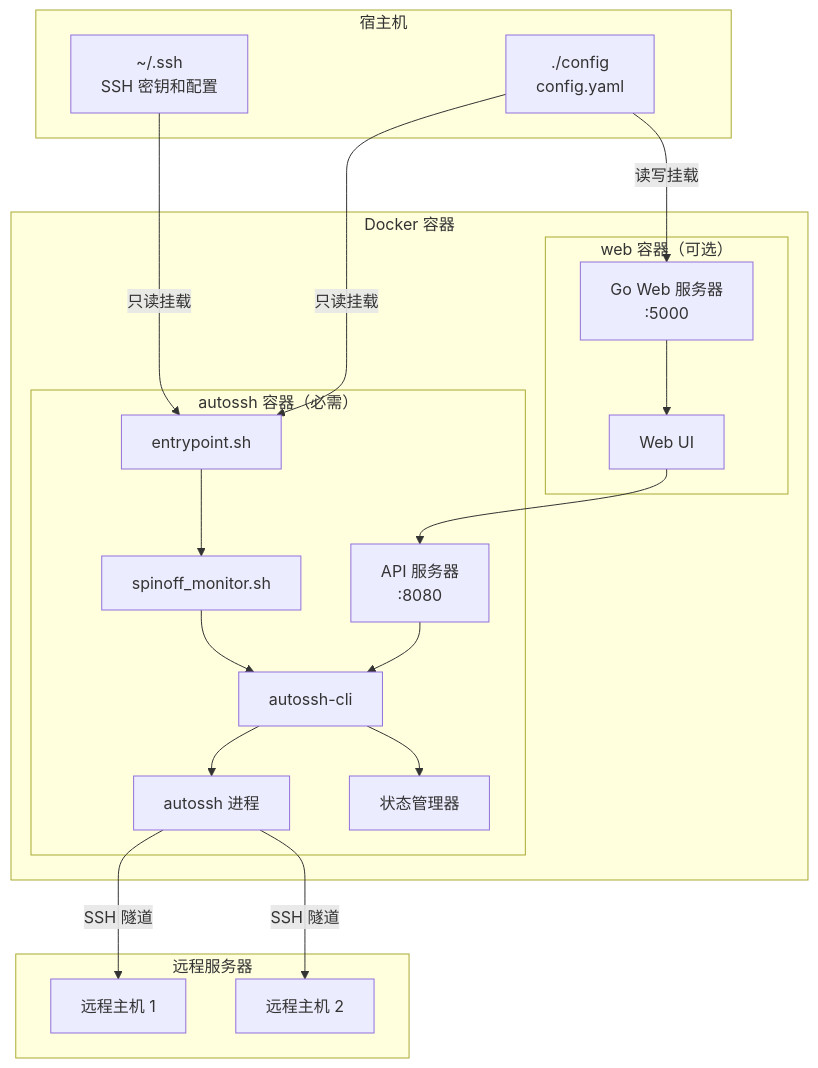
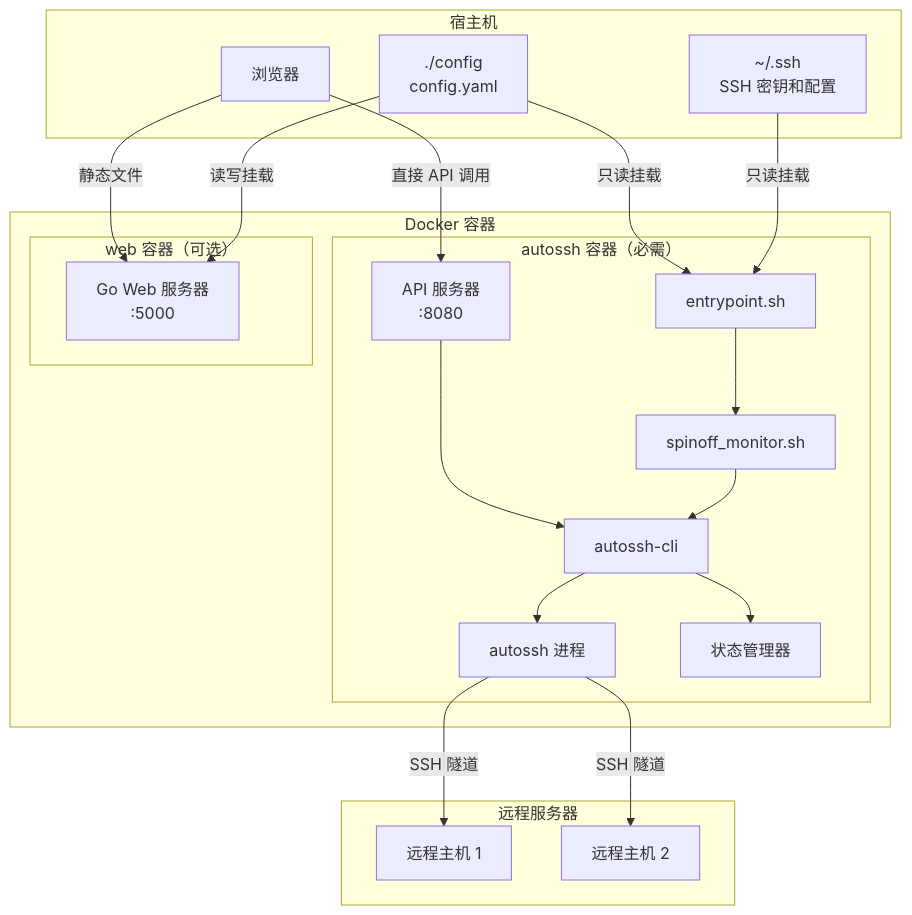
The first of 3 diagrams in docs/architecture.md (Oaklight/autossh-tunnel-dockerized), drawn with Mermaid before and after one commit. The commit also changed other lines of this file and 1 other file, not shown here.

First line of the commit message:
docs: 更新架构和 web-panel 文档以反映直接 API 架构

````diff
--- a/docs/architecture.md
+++ b/docs/architecture.md
@@ -15,44 +15,44 @@
 ```mermaid
 graph TB
     subgraph "宿主机"
         SSH[~/.ssh<br/>SSH 密钥和配置]
         CONFIG[./config<br/>config.yaml]
+        BROWSER[浏览器]
     end
     
     subgraph "Docker 容器"
         subgraph "autossh 容器（必需）"
             ENTRY[entrypoint.sh]
             MONITOR[spinoff_monitor.sh]
             CLI[autossh-cli]
             API[API 服务器<br/>:8080]
             AUTOSSH[autossh 进程]
             STATE[状态管理器]
         end
         
         subgraph "web 容器（可选）"
             WEBSERVER[Go Web 服务器<br/>:5000]
-            WEBUI[Web UI]
         end
     end
     
     subgraph "远程服务器"
         REMOTE1[远程主机 1]
         REMOTE2[远程主机 2]
     end
     
     SSH -->|只读挂载| ENTRY
     CONFIG -->|只读挂载| ENTRY
     CONFIG -->|读写挂载| WEBSERVER
     
     ENTRY --> MONITOR
     MONITOR --> CLI
     CLI --> STATE
     CLI --> AUTOSSH
     API --> CLI
     
-    WEBUI --> API
-    WEBSERVER --> WEBUI
+    BROWSER -->|静态文件| WEBSERVER
+    BROWSER -->|直接 API 调用| API
     
     AUTOSSH -->|SSH 隧道| REMOTE1
     AUTOSSH -->|SSH 隧道| REMOTE2
 ```
````
